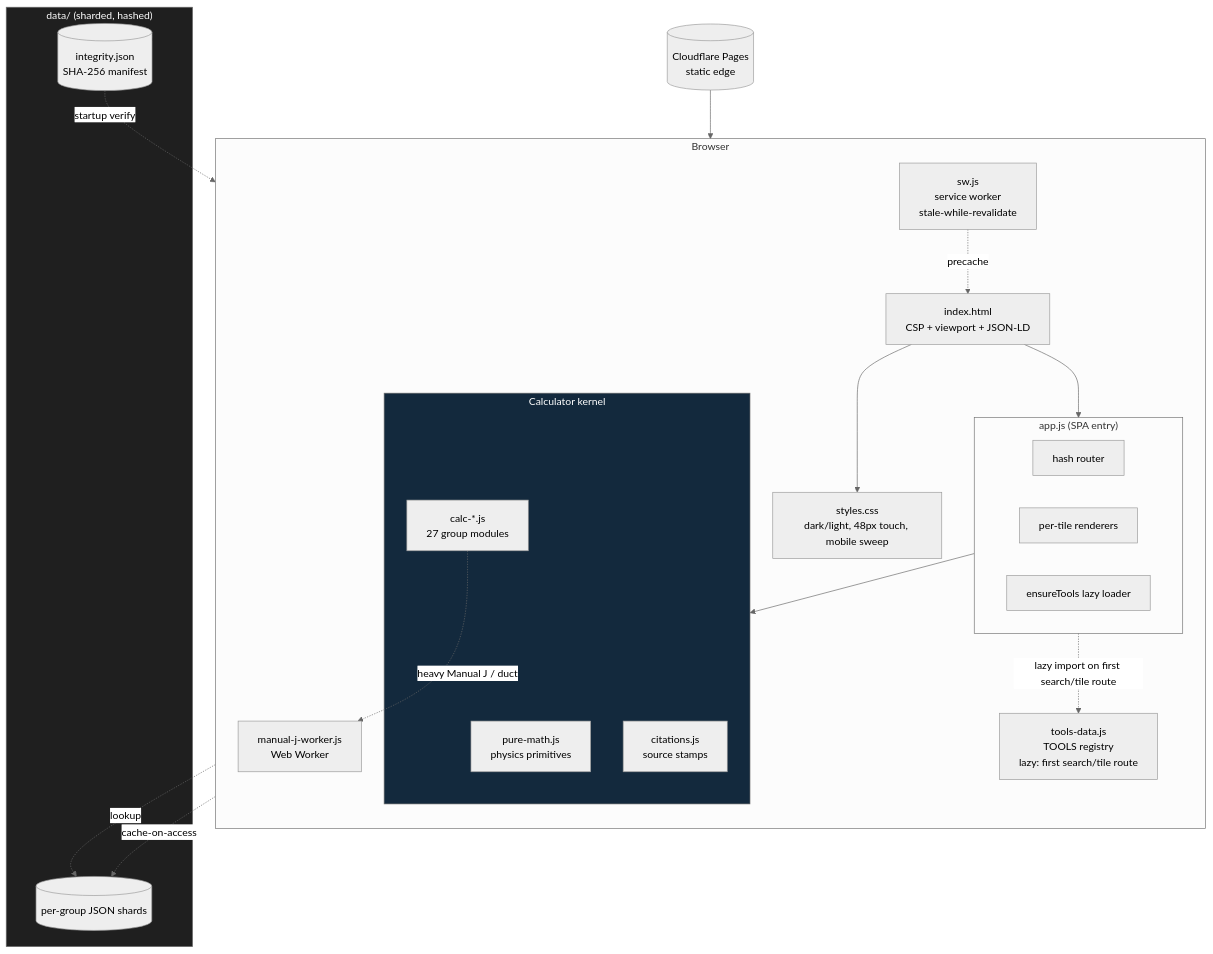
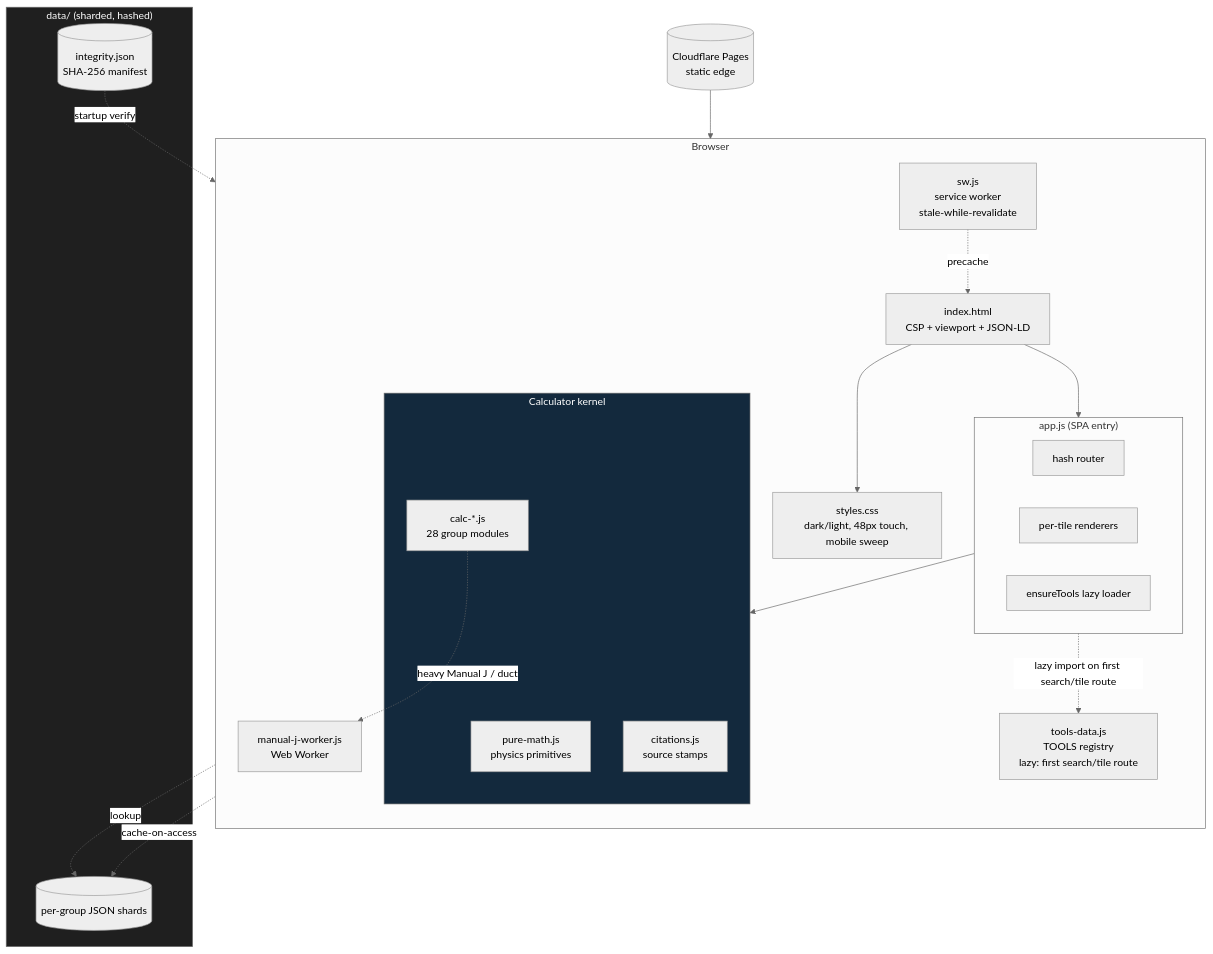
The second of 6 diagrams in README.md (clay-good/roughlogic.com), drawn with Mermaid (neutral theme) before and after one commit. The commit also changed other lines of this file and 16 other files, not shown here.

````diff
--- a/README.md
+++ b/README.md
@@ -77,39 +77,39 @@
 ```mermaid
 flowchart TB
     subgraph Browser
         direction TB
         HTML[index.html\nCSP + viewport + JSON-LD]
         CSS[styles.css\ndark/light, 48px touch, mobile sweep]
         subgraph App["app.js (SPA entry)"]
             ROUTE[hash router]
             RENDER[per-tile renderers]
             ENSURE[ensureTools lazy loader]
         end
         TOOLS[tools-data.js\nTOOLS registry\nlazy: first search/tile route]
         subgraph Calc["Calculator kernel"]
             PM[pure-math.js\nphysics primitives]
-            CALC[calc-*.js\n27 group modules]
+            CALC[calc-*.js\n28 group modules]
             CIT[citations.js\nsource stamps]
         end
         SW[sw.js\nservice worker\nstale-while-revalidate]
         WORKER[manual-j-worker.js\nWeb Worker]
     end
     subgraph Data["data/ (sharded, hashed)"]
         SHARDS[(per-group JSON shards)]
         INTEG[(integrity.json\nSHA-256 manifest)]
     end
     CDN[(Cloudflare Pages\nstatic edge)]
 
     CDN --> HTML
     HTML --> CSS
     HTML --> App
     App -.lazy import on first search/tile route.-> TOOLS
     App --> Calc
     CALC -.->|heavy Manual J / duct| WORKER
     CALC -.->|lookup| SHARDS
     SW -.precache.-> HTML
     SW -.cache-on-access.-> SHARDS
     INTEG -.startup verify.-> App
     style Calc fill:#13293d,color:#fff
     style Data fill:#1f1f1f,color:#fff
 ```
````
